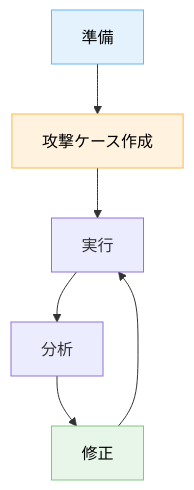
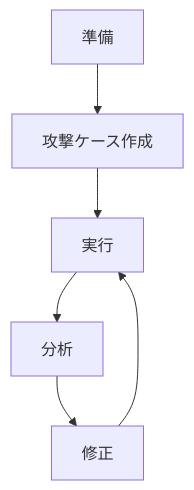
The second of 3 diagrams in docs/techniques/llm-レッドチーミング-意図的な攻撃で安全性を検証する.md (dinekt/dinekt-wiki), drawn with Mermaid before and after one commit. The commit also changed other lines of this file and 70 other files, not shown here.

First line of the commit message:
fix(mermaid): strip all inline styling, rely on theme

````diff
--- a/docs/techniques/llm-レッドチーミング-意図的な攻撃で安全性を検証する.md
+++ b/docs/techniques/llm-レッドチーミング-意図的な攻撃で安全性を検証する.md
@@ -68,12 +67,9 @@
 ```mermaid
 flowchart TD
     P[準備] --> C[攻撃ケース作成]
     C --> E[実行]
     E --> A[分析]
     A --> F[修正]
     F --> E
 
-    style P fill:#e3f2fd,stroke:#64b5f6,color:#000
-    style C fill:#fff3e0,stroke:#ffb74d,color:#000
-    style F fill:#e8f5e9,stroke:#81c784,color:#000
 ```
````
